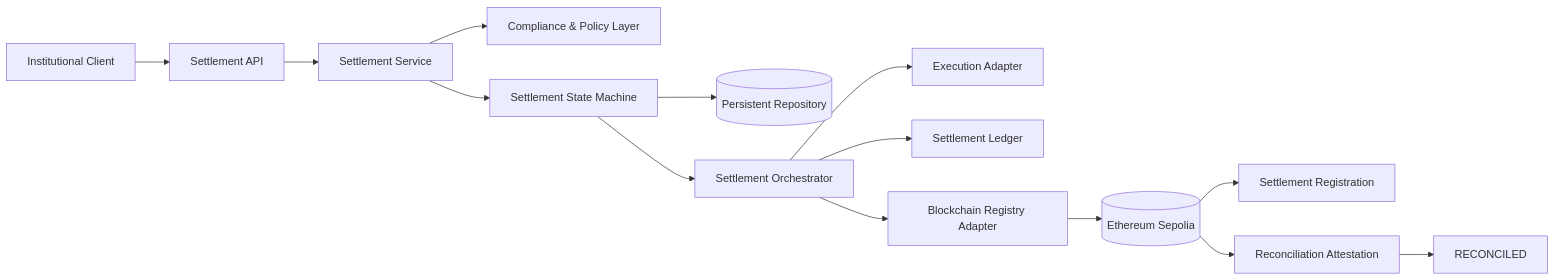
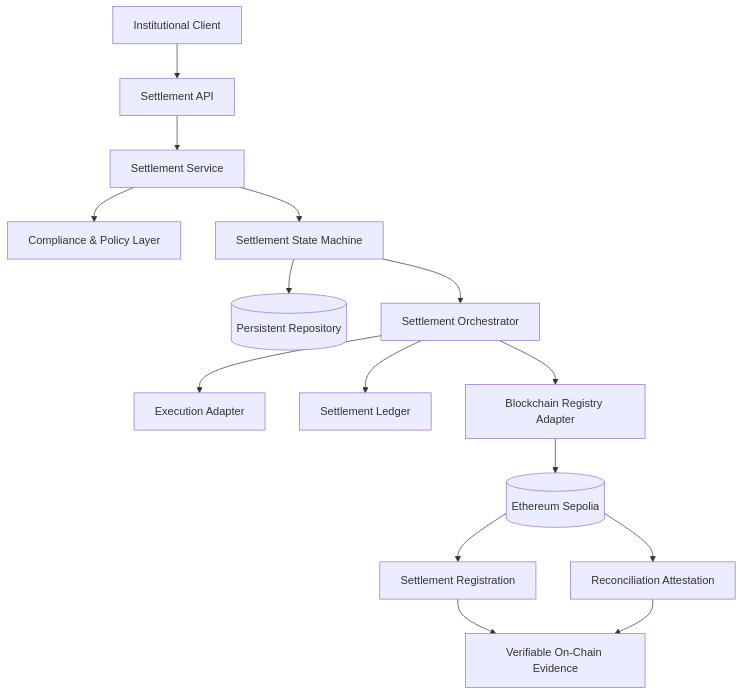
Before and after one commit to BlockchainInes/seenovar-stablecoin-settlement: the diagram in README.md, drawn with Mermaid. The commit also changed other lines of this file, not shown here.

Commit message:
Revise architecture section and add architectural boundary
Updated the architecture diagram and added details about the architectural boundary in the README.

````diff
--- a/README.md
+++ b/README.md
@@ -31,22 +33,27 @@
 ```mermaid
-flowchart LR
-    CLIENT[Institutional Client] --> API[Settlement API]
+flowchart TB
+    CLIENT[Institutional Client]
+    API[Settlement API]
+    SERVICE[Settlement Service]
 
-    API --> SERVICE[Settlement Service]
+    CLIENT --> API
+    API --> SERVICE
+
     SERVICE --> POLICY[Compliance & Policy Layer]
     SERVICE --> ENGINE[Settlement State Machine]
 
     ENGINE --> STORE[(Persistent Repository)]
     ENGINE --> ORCH[Settlement Orchestrator]
 
     ORCH --> EXEC[Execution Adapter]
     ORCH --> LEDGER[Settlement Ledger]
     ORCH --> REGISTRY[Blockchain Registry Adapter]
 
     REGISTRY --> ETH[(Ethereum Sepolia)]
 
     ETH --> REGISTER[Settlement Registration]
     ETH --> RECON[Reconciliation Attestation]
 
-    RECON --> FINAL[RECONCILED]
+    REGISTER --> FINAL[Verifiable On-Chain Evidence]
+    RECON --> FINAL
 ```
````
